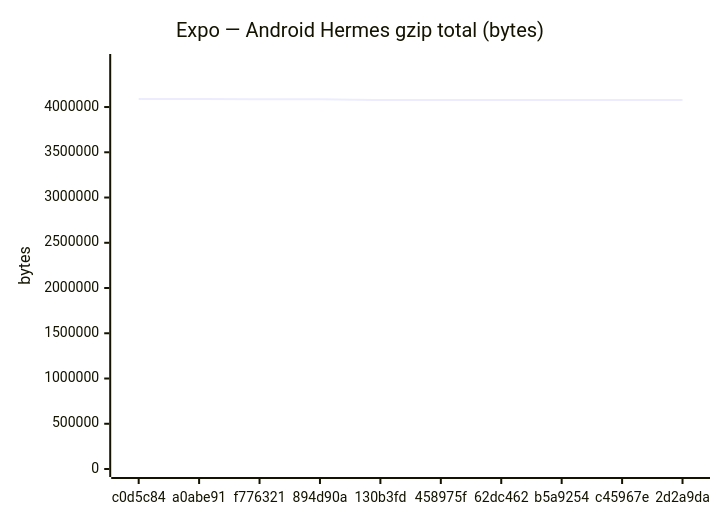
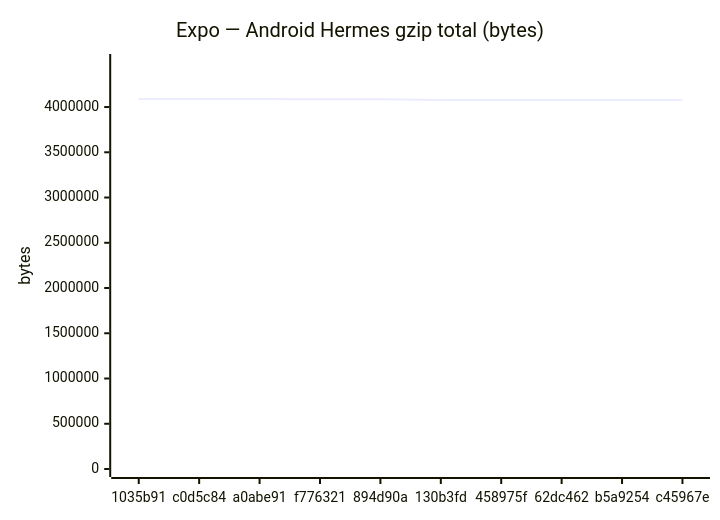
Before and after one commit to Metaheurist/Rianell: the fifth of 18 diagrams in benchmarks/compare.md, drawn with Mermaid. The commit also changed other lines of this file and 11 other files, not shown here.

````diff
--- a/benchmarks/compare.md
+++ b/benchmarks/compare.md
@@ -89,7 +89,7 @@
 ```mermaid
 xychart-beta
     title "Expo — Android Hermes gzip total (bytes)"
-    x-axis ["c0d5c84", "a0abe91", "f776321", "894d90a", "130b3fd", "458975f", "62dc462", "b5a9254", "c45967e", "2d2a9da"]
+    x-axis ["1035b91", "c0d5c84", "a0abe91", "f776321", "894d90a", "130b3fd", "458975f", "62dc462", "b5a9254", "c45967e"]
     y-axis "bytes" 0 --> 4497695
-    line [4088813, 4088812, 4085830, 4086643, 4077332, 4077341, 4077340, 4078885, 4078896, 4078895]
+    line [4088813, 4088813, 4088812, 4085830, 4086643, 4077332, 4077341, 4077340, 4078885, 4078896]
 ```
````
